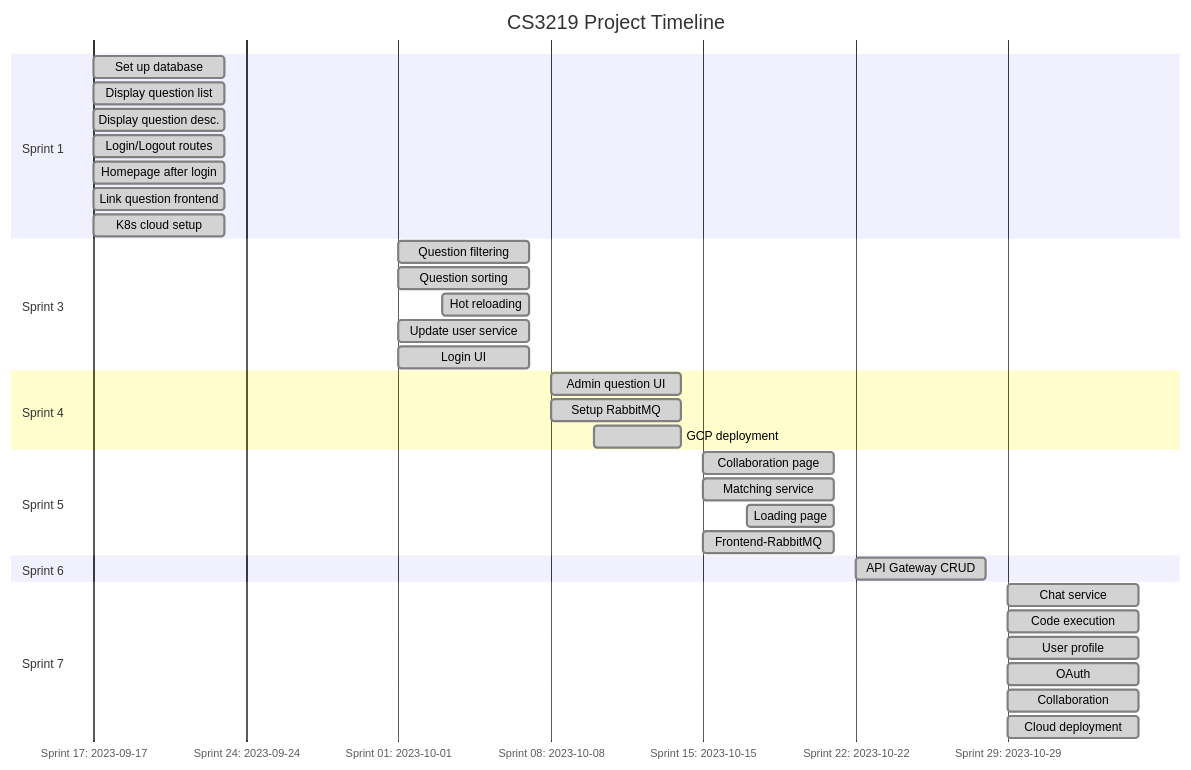
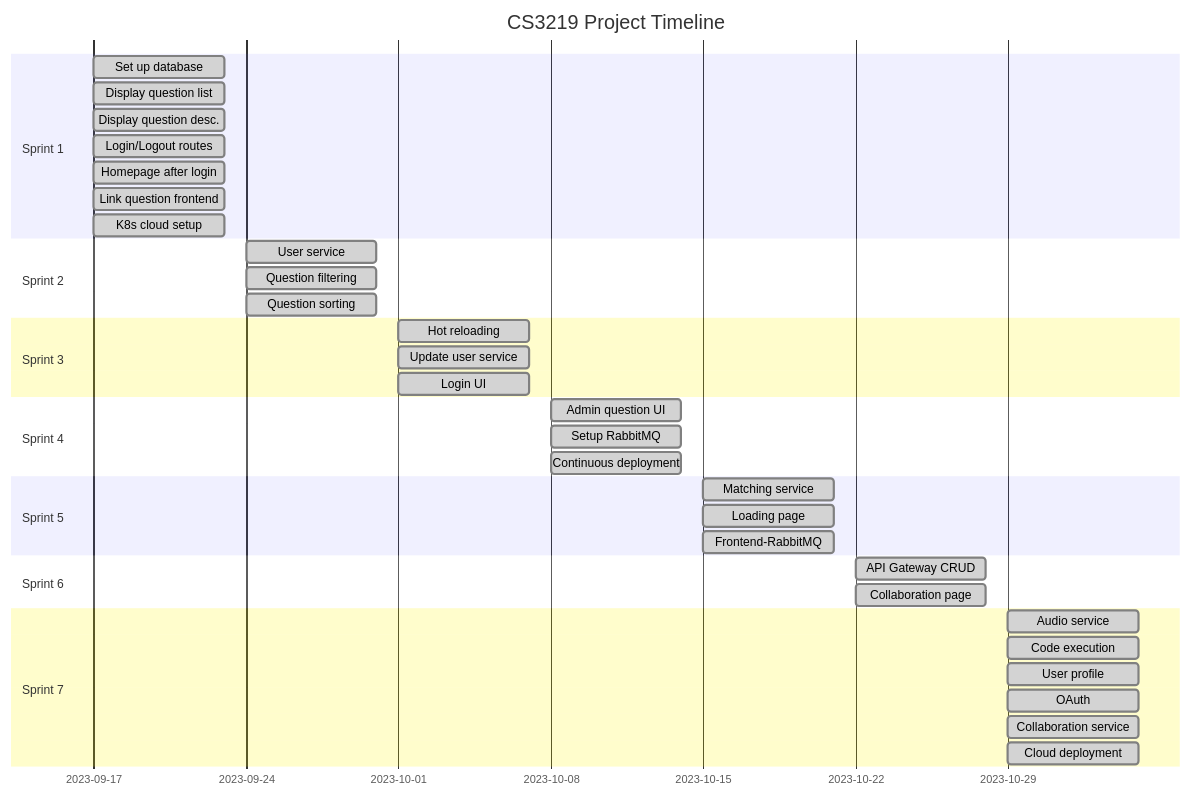
The diagram in docs/project-management/gantt-chart.mmd (CS3219-AY2425S1/nus-cs3219-ay2425s1-cs3219-ay2425s1-project-project-template), drawn with Mermaid before and after one commit.

Commit message:
Fix errors in gantt chart

```diff
--- a/docs/project-management/gantt-chart.mmd
+++ b/docs/project-management/gantt-chart.mmd
@@ -1,42 +1,45 @@
 gantt
     dateFormat  YYYY-MM-DD
     title CS3219 Project Timeline
-    axisFormat Sprint %d: %Y-%m-%d
+    axisFormat %Y-%m-%d
     
     section Sprint 1
     Set up database                :done, s1t1, 2023-09-17, 2023-09-23
     Display question list          :done, s1t2, 2023-09-17, 2023-09-23
     Display question desc.         :done, s1t3, 2023-09-17, 2023-09-23
     Login/Logout routes            :done, s1t4, 2023-09-17, 2023-09-23
     Homepage after login           :done, s1t5, 2023-09-17, 2023-09-23
     Link question frontend         :done, s1t6, 2023-09-17, 2023-09-23
     K8s cloud setup                :done, s1t7, 2023-09-17, 2023-09-23
 
+    section Sprint 2
+    User service                :done, s1t7, 2023-09-24, 2023-09-30
+    Question filtering           :done, s3t1, 2023-09-24, 2023-09-30
+    Question sorting            :done, s3t2, 2023-09-24, 2023-09-30
+    
     section Sprint 3
-    Question filtering           :done, s3t1, 2023-10-01, 2023-10-07
-    Question sorting            :done, s3t2, 2023-10-01, 2023-10-07
-    Hot reloading              :done, s3t3, 2023-10-03, 2023-10-07
+    Hot reloading              :done, s3t3, 2023-10-01, 2023-10-07
     Update user service        :done, s3t4, 2023-10-01, 2023-10-07
     Login UI                   :done, s3t5, 2023-10-01, 2023-10-07
 
     section Sprint 4
     Admin question UI          :done, s4t1, 2023-10-08, 2023-10-14
     Setup RabbitMQ            :done, s4t2, 2023-10-08, 2023-10-14
-    GCP deployment            :done, s4t3, 2023-10-10, 2023-10-14
+    Continuous deployment            :done, s4t3, 2023-10-08, 2023-10-14
 
     section Sprint 5
-    Collaboration page        :done, s5t1, 2023-10-15, 2023-10-21
     Matching service          :done, s5t2, 2023-10-15, 2023-10-21
-    Loading page             :done, s5t3, 2023-10-17, 2023-10-21
+    Loading page             :done, s5t3, 2023-10-15, 2023-10-21
     Frontend-RabbitMQ        :done, s5t4, 2023-10-15, 2023-10-21
 
     section Sprint 6
     API Gateway CRUD         :done, s6t1, 2023-10-22, 2023-10-28
-
+    Collaboration page         :done, s6t1, 2023-10-22, 2023-10-28
+    
     section Sprint 7
-    Chat service            :done, s7t1, 2023-10-29, 2023-11-04
+    Audio service            :done, s7t1, 2023-10-29, 2023-11-04
     Code execution         :done, s7t2, 2023-10-29, 2023-11-04
     User profile          :done, s7t3, 2023-10-29, 2023-11-04
     OAuth                 :done, s7t4, 2023-10-29, 2023-11-04
-    Collaboration        :done, s7t5, 2023-10-29, 2023-11-04
+    Collaboration service        :done, s7t5, 2023-10-29, 2023-11-04
     Cloud deployment     :done, s7t6, 2023-10-29, 2023-11-04
```
